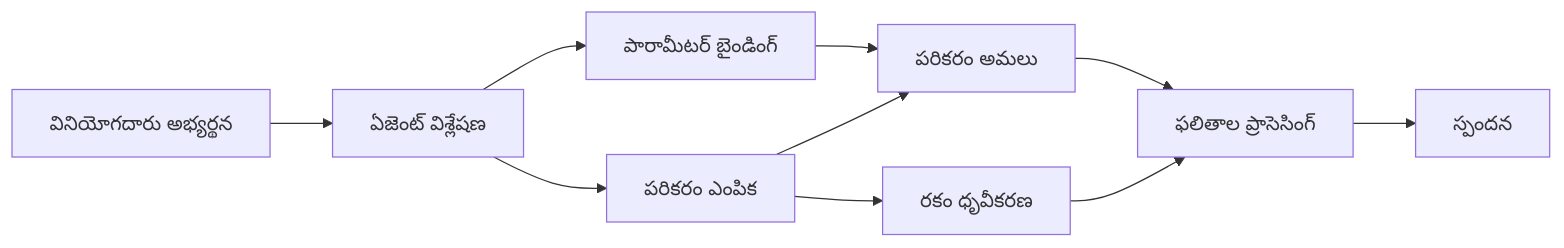
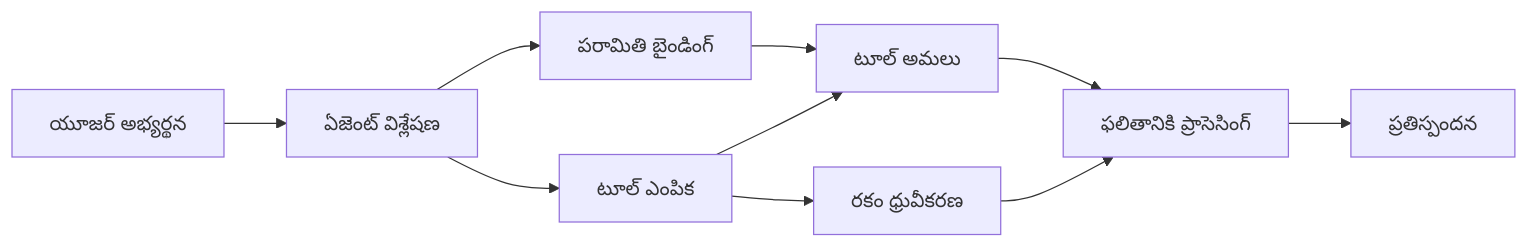
The diagram in translations/te/04-tool-use/code_samples/04-dotnet-agent-framework.md (microsoft/ai-agents-for-beginners), drawn with Mermaid before and after one commit. The commit also changed other lines of this file and 224 other files, not shown here.

````diff
--- a/translations/te/04-tool-use/code_samples/04-dotnet-agent-framework.md
+++ b/translations/te/04-tool-use/code_samples/04-dotnet-agent-framework.md
@@ -40,12 +40,12 @@
 ```mermaid
 graph LR
-    A[వినియోగదారు అభ్యర్థన] --> B[ఏజెంట్ విశ్లేషణ]
-    B --> C[పరికరం ఎంపిక]
-    C --> D[రకం ధృవీకరణ]
-    B --> E[పారామీటర్ బైండింగ్]
-    E --> F[పరికరం అమలు]
+    A[యూజర్ అభ్యర్థన] --> B[ఏజెంట్ విశ్లేషణ]
+    B --> C[టూల్ ఎంపిక]
+    C --> D[రకం ధ్రువీకరణ]
+    B --> E[పరామితి బైండింగ్]
+    E --> F[టూల్ అమలు]
     C --> F
-    F --> G[ఫలితాల ప్రాసెసింగ్]
+    F --> G[ఫలితానికి ప్రాసెసింగ్]
     D --> G
-    G --> H[స్పందన]
+    G --> H[ప్రతిస్పందన]
 ```
````
